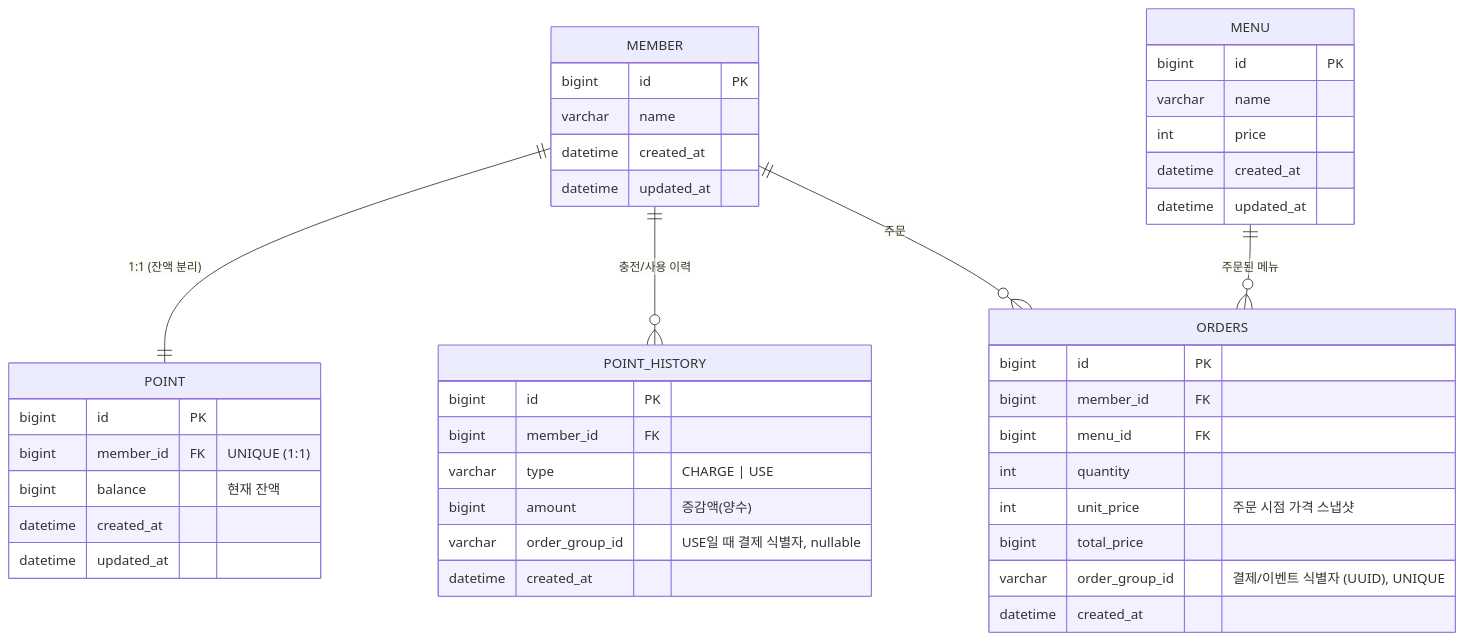
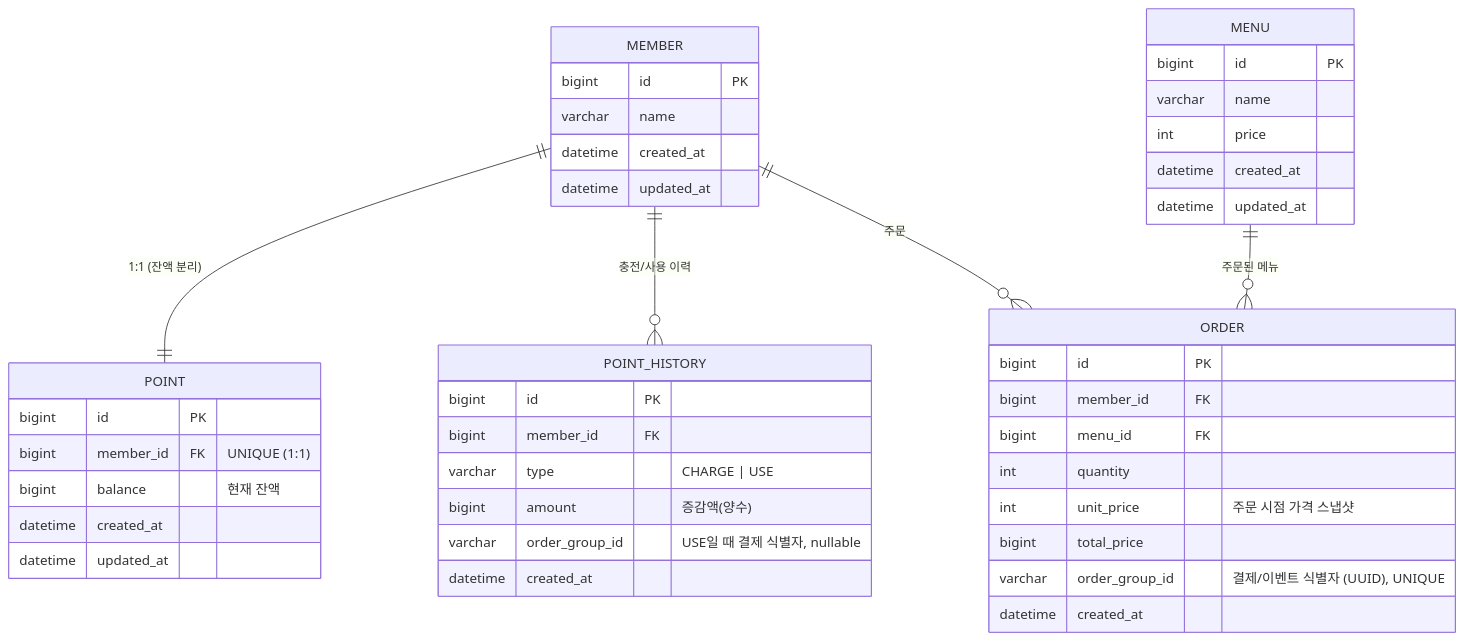
Before and after one commit to yxejxnn/coffee-order-system: the diagram in docs/db/erd.md, drawn with Mermaid. The commit also changed other lines of this file and 17 other files, not shown here.

````diff
--- a/docs/db/erd.md
+++ b/docs/db/erd.md
@@ -7,46 +7,46 @@
 ```mermaid
 erDiagram
     MEMBER ||--|| POINT : "1:1 (잔액 분리)"
     MEMBER ||--o{ POINT_HISTORY : "충전/사용 이력"
-    MEMBER ||--o{ ORDERS : "주문"
-    MENU   ||--o{ ORDERS : "주문된 메뉴"
+    MEMBER ||--o{ ORDER : "주문"
+    MENU   ||--o{ ORDER : "주문된 메뉴"
 
     MEMBER {
         bigint id PK
         varchar name
         datetime created_at
         datetime updated_at
     }
     POINT {
         bigint id PK
         bigint member_id FK "UNIQUE (1:1)"
         bigint balance "현재 잔액"
         datetime created_at
         datetime updated_at
     }
     POINT_HISTORY {
         bigint id PK
         bigint member_id FK
         varchar type "CHARGE | USE"
         bigint amount "증감액(양수)"
         varchar order_group_id "USE일 때 결제 식별자, nullable"
         datetime created_at
     }
     MENU {
         bigint id PK
         varchar name
         int price
         datetime created_at
         datetime updated_at
     }
-    ORDERS {
+    ORDER {
         bigint id PK
         bigint member_id FK
         bigint menu_id FK
         int quantity
         int unit_price "주문 시점 가격 스냅샷"
         bigint total_price
         varchar order_group_id "결제/이벤트 식별자 (UUID), UNIQUE"
         datetime created_at
     }
 ```
````
